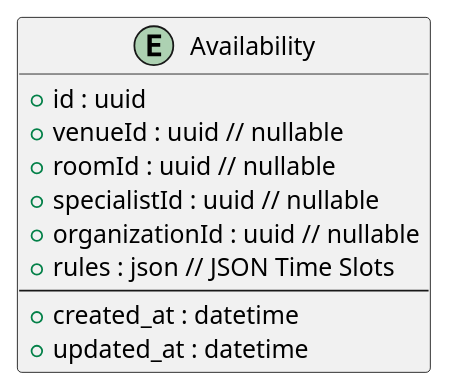
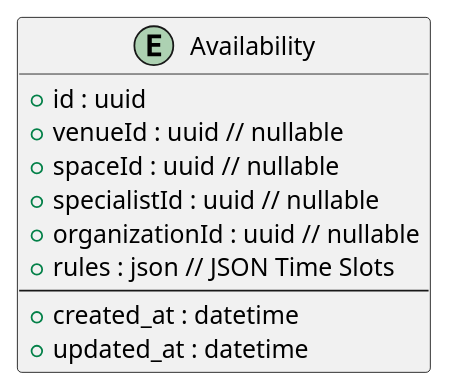
One commit to CodeImm/avacade changed the diagram in docs/rules.md. Above: the diagram before and after it, drawn with PlantUML. The commit also changed other lines of this file and 15 other files, not shown here.

Commit message:
Refactor: rename all instances of room to space

````diff
--- a/docs/rules.md
+++ b/docs/rules.md
@@ -163,13 +163,13 @@
   ```plantuml
   entity Availability {
     +id : uuid
     +venueId : uuid // nullable
-    +roomId : uuid // nullable
+    +spaceId : uuid // nullable
     +specialistId : uuid // nullable
     +organizationId : uuid // nullable
     +rules : json // JSON Time Slots
     --
     +created_at : datetime
     +updated_at : datetime
   }
   ```
````
